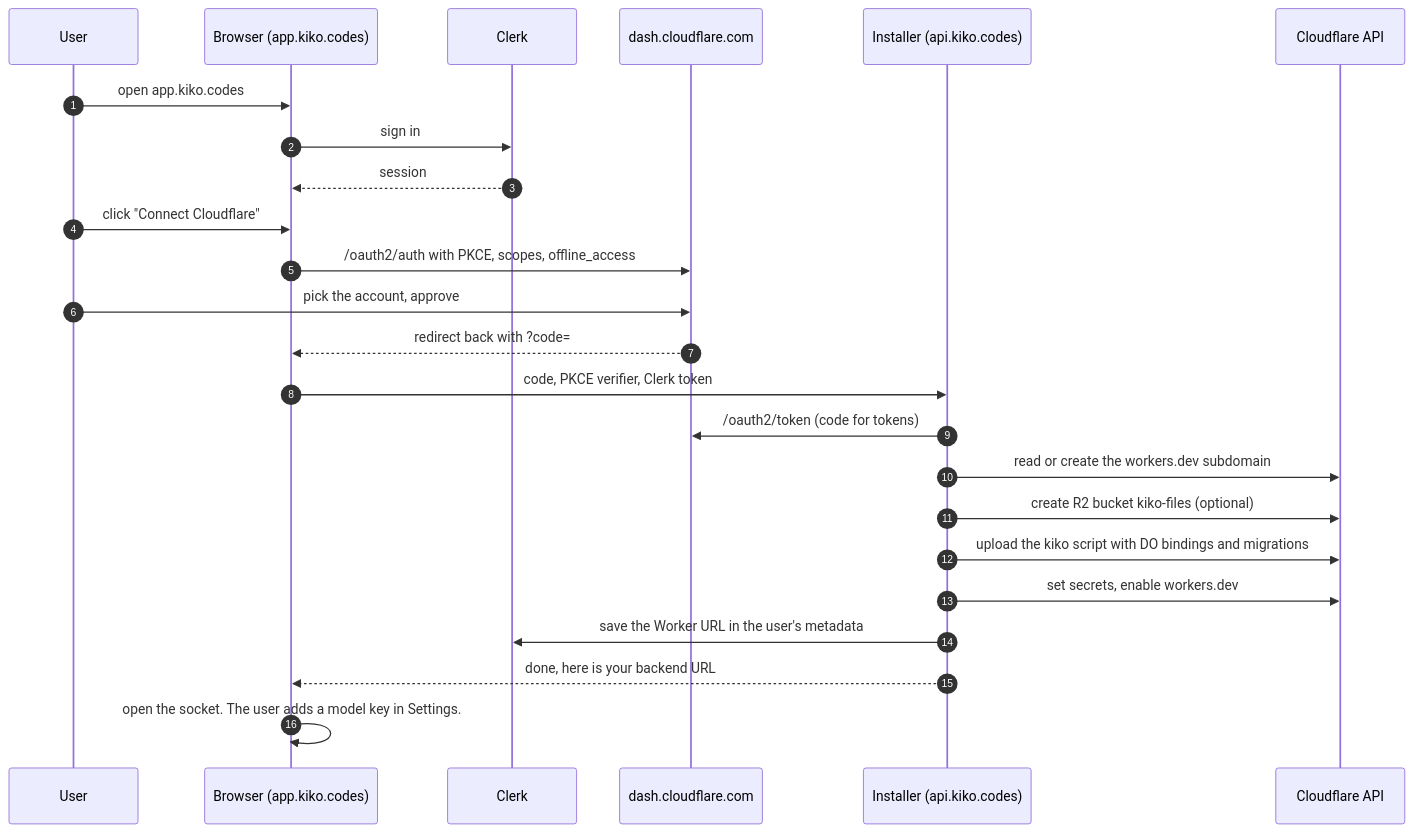
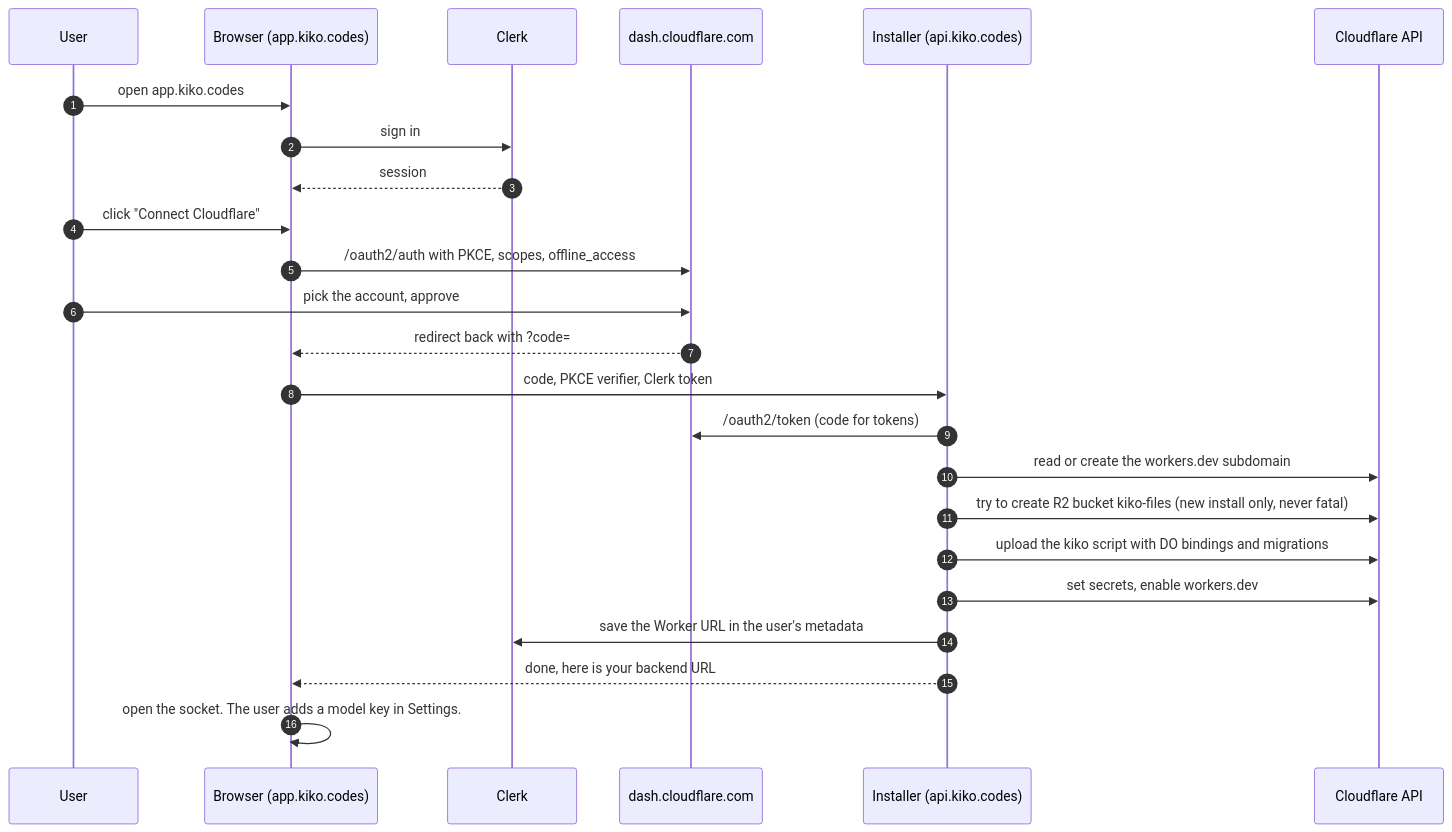
One commit to keyurbodar/kiko changed the third of 4 diagrams in docs/app-kiko.md. Above: the diagram before and after it, drawn with Mermaid. The commit also changed other lines of this file and 3 other files, not shown here.

Commit message:
Document the R2-optional install and the first-run failures

````diff
--- a/docs/app-kiko.md
+++ b/docs/app-kiko.md
@@ -188,27 +188,27 @@
 ```mermaid
 sequenceDiagram
   autonumber
   participant U as User
   participant B as Browser (app.kiko.codes)
   participant C as Clerk
   participant D as dash.cloudflare.com
   participant I as Installer (api.kiko.codes)
   participant CF as Cloudflare API
 
   U->>B: open app.kiko.codes
   B->>C: sign in
   C-->>B: session
   U->>B: click "Connect Cloudflare"
   B->>D: /oauth2/auth with PKCE, scopes, offline_access
   U->>D: pick the account, approve
   D-->>B: redirect back with ?code=
   B->>I: code, PKCE verifier, Clerk token
   I->>D: /oauth2/token (code for tokens)
   I->>CF: read or create the workers.dev subdomain
-  I->>CF: create R2 bucket kiko-files (optional)
+  I->>CF: try to create R2 bucket kiko-files (new install only, never fatal)
   I->>CF: upload the kiko script with DO bindings and migrations
   I->>CF: set secrets, enable workers.dev
   I->>C: save the Worker URL in the user's metadata
   I-->>B: done, here is your backend URL
   B->>B: open the socket. The user adds a model key in Settings.
 ```
````
